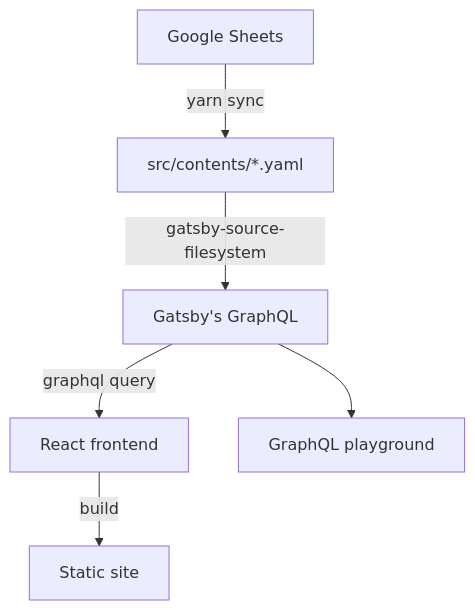
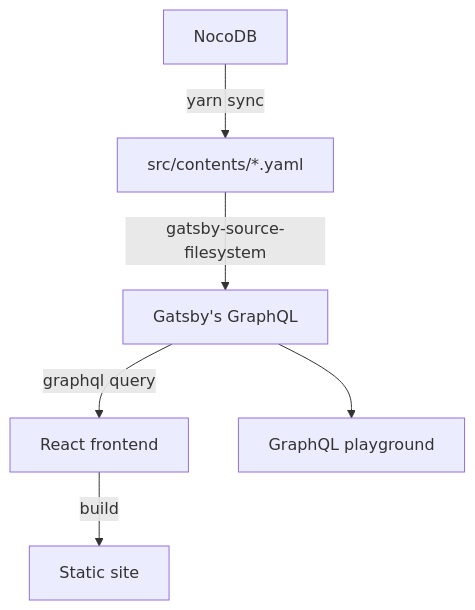
The diagram in README.md (wevisdemo/they-work-for-us), drawn with Mermaid before and after one commit. The commit also changed other lines of this file and 5 other files, not shown here.

````diff
--- a/README.md
+++ b/README.md
@@ -54,8 +42,8 @@
 ```mermaid
 graph TD
-    A[Google Sheets] -->|yarn sync| B[src/contents/*.yaml]
+    A[NocoDB] -->|yarn sync| B[src/contents/*.yaml]
     B -->|gatsby-source-filesystem| C[Gatsby's GraphQL]
     C -->|graphql query| D[React frontend]
     C --> E[GraphQL playground]
     D -->|build| F[Static site]
 ```
````
